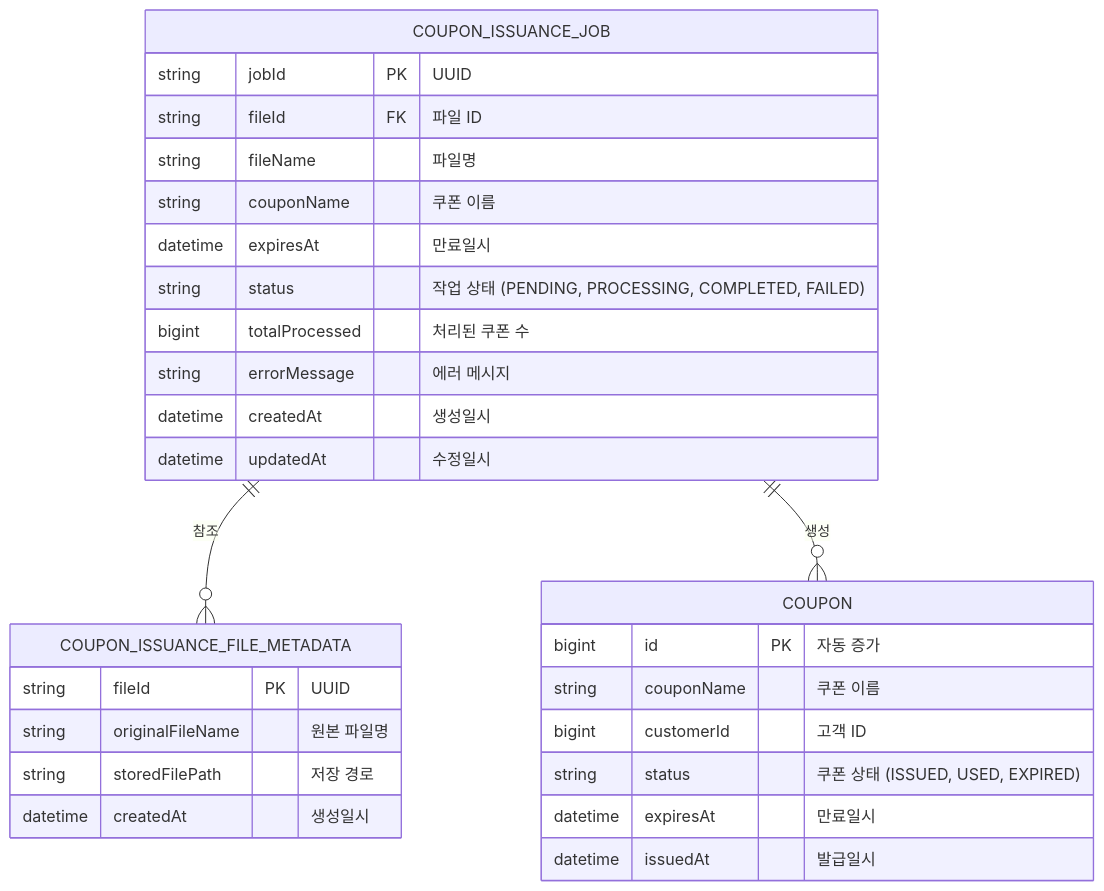
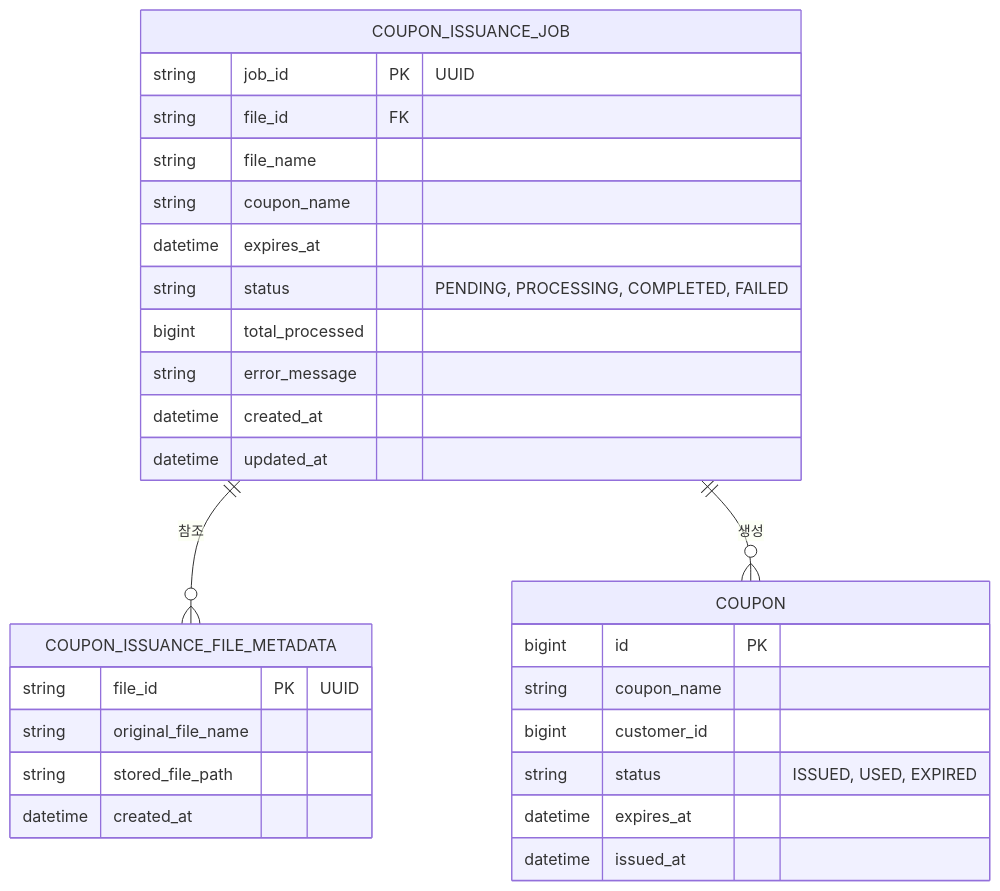
The second of 2 diagrams in README.md (mxxikr/cupon-admin), drawn with Mermaid before and after one commit. The commit also changed other lines of this file, not shown here.

````diff
--- a/README.md
+++ b/README.md
@@ -77,34 +97,34 @@
 ```mermaid
 erDiagram
     COUPON {
-        bigint id PK "자동 증가"
-        string couponName "쿠폰 이름"
-        bigint customerId "고객 ID"
-        string status "쿠폰 상태 (ISSUED, USED, EXPIRED)"
-        datetime expiresAt "만료일시"
-        datetime issuedAt "발급일시"
+        bigint id PK
+        string coupon_name
+        bigint customer_id
+        string status "ISSUED, USED, EXPIRED"
+        datetime expires_at
+        datetime issued_at
     }
     
     COUPON_ISSUANCE_FILE_METADATA {
-        string fileId PK "UUID"
-        string originalFileName "원본 파일명"
-        string storedFilePath "저장 경로"
-        datetime createdAt "생성일시"
+        string file_id PK "UUID"
+        string original_file_name
+        string stored_file_path
+        datetime created_at
     }
     
     COUPON_ISSUANCE_JOB {
-        string jobId PK "UUID"
-        string fileId FK "파일 ID"
-        string fileName "파일명"
-        string couponName "쿠폰 이름"
-        datetime expiresAt "만료일시"
-        string status "작업 상태 (PENDING, PROCESSING, COMPLETED, FAILED)"
-        bigint totalProcessed "처리된 쿠폰 수"
-        string errorMessage "에러 메시지"
-        datetime createdAt "생성일시"
-        datetime updatedAt "수정일시"
+        string job_id PK "UUID"
+        string file_id FK
+        string file_name
+        string coupon_name
+        datetime expires_at
+        string status "PENDING, PROCESSING, COMPLETED, FAILED"
+        bigint total_processed
+        string error_message
+        datetime created_at
+        datetime updated_at
     }
     
     COUPON_ISSUANCE_JOB ||--o{ COUPON_ISSUANCE_FILE_METADATA : "참조"
     COUPON_ISSUANCE_JOB ||--o{ COUPON : "생성"
 ```
````
